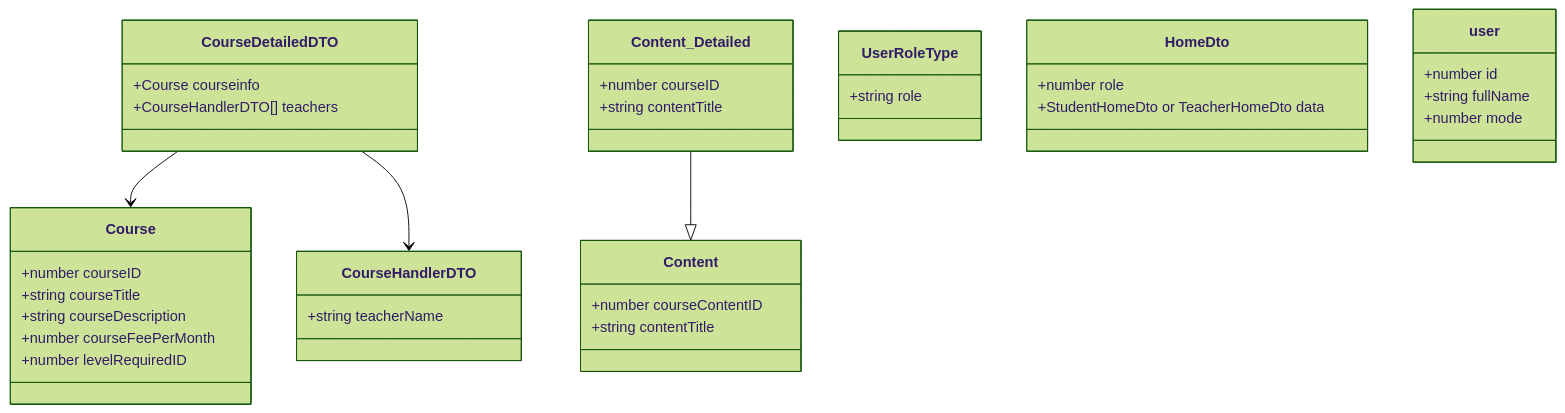
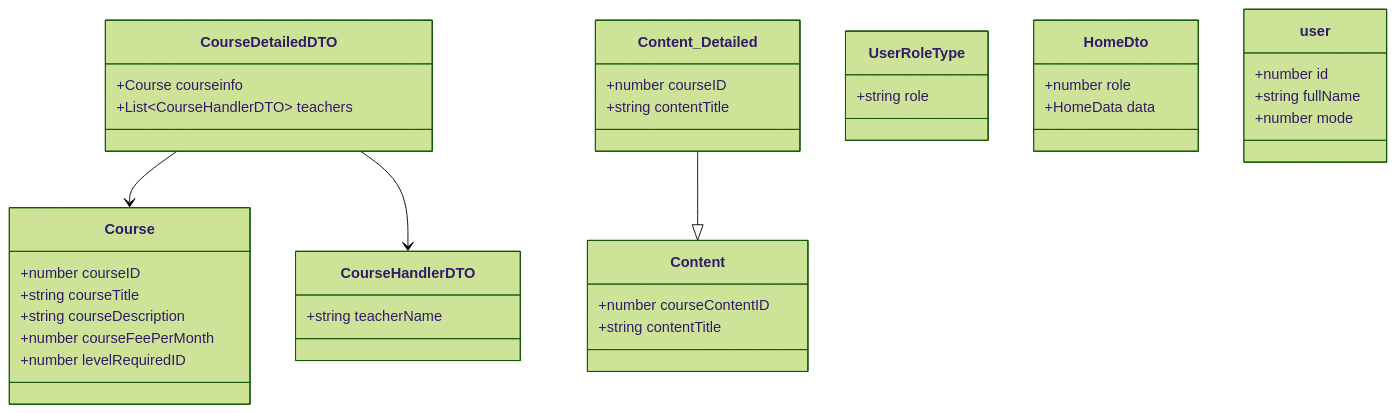
One commit to mimid-aamaliche/schoolnet-frontend changed the third of 9 diagrams in README.md. Above: the diagram before and after it, drawn with Mermaid (forest theme).

Commit message:
docs: fix class diagram syntax so it renders on GitHub

````diff
--- a/README.md
+++ b/README.md
@@ -149,48 +149,48 @@
 ```mermaid
 classDiagram
     class Course {
         +number courseID
         +string courseTitle
         +string courseDescription
         +number courseFeePerMonth
         +number levelRequiredID
     }
 
     class CourseDetailedDTO {
         +Course courseinfo
-        +CourseHandlerDTO[] teachers
+        +List~CourseHandlerDTO~ teachers
     }
 
     class CourseHandlerDTO {
         +string teacherName
     }
 
     class Content {
         +number courseContentID
         +string contentTitle
     }
 
     class Content_Detailed {
         +number courseID
         +string contentTitle
     }
 
     class UserRoleType {
         +string role
     }
 
     class HomeDto {
         +number role
-        +StudentHomeDto or TeacherHomeDto data
+        +HomeData data
     }
 
     class user {
         +number id
         +string fullName
         +number mode
     }
 
     CourseDetailedDTO --> Course
     CourseDetailedDTO --> CourseHandlerDTO
     Content_Detailed --|> Content
 ```
````
